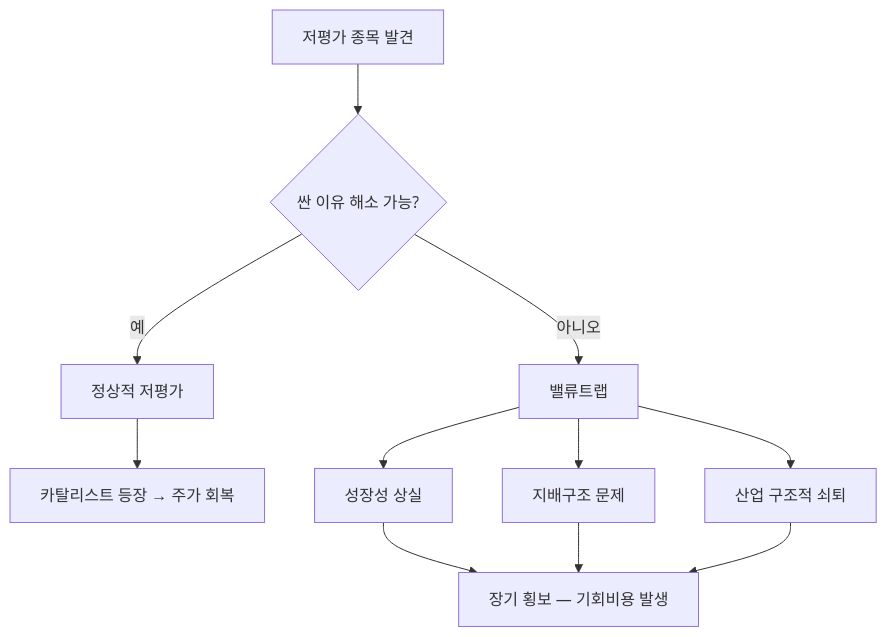
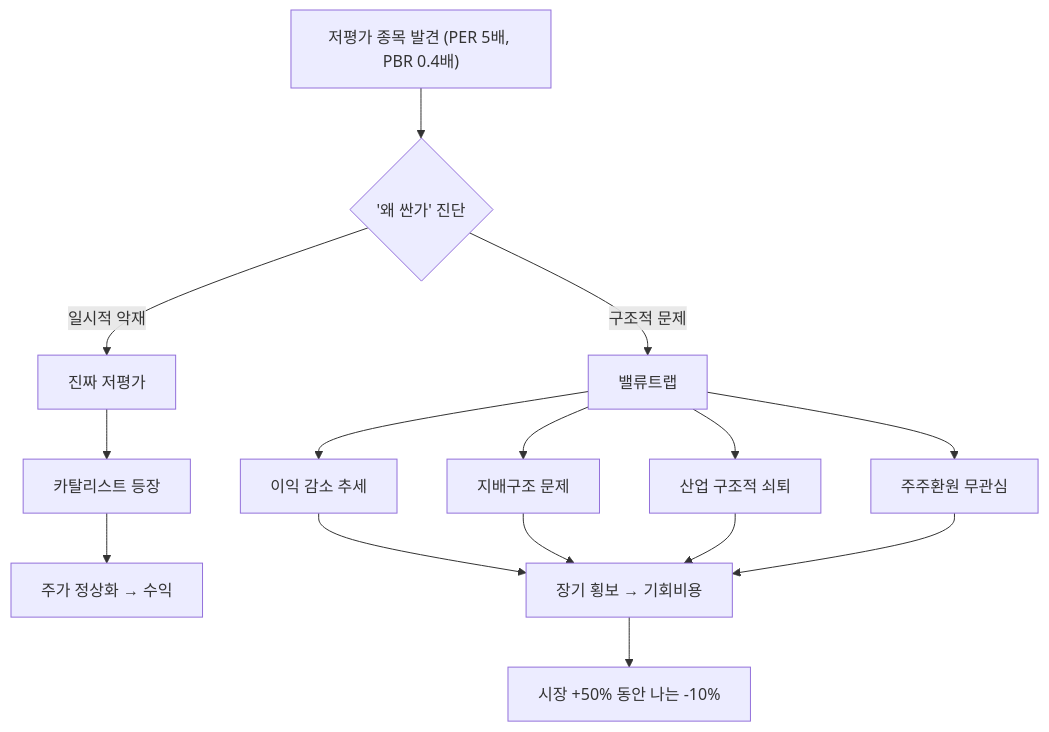
Before and after one commit to yeongseon/stock-visual-note: the diagram in content/stock-terms/ko/level-10-company-analysis/value-trap.md, drawn with Mermaid. The commit also changed other lines of this file and 9 other files, not shown here.

Commit message:
content: rewrite level-10 (10 articles) — richer diagrams, realistic scenarios, blog tone

````diff
--- a/content/stock-terms/ko/level-10-company-analysis/value-trap.md
+++ b/content/stock-terms/ko/level-10-company-analysis/value-trap.md
@@ -42,14 +43,18 @@
 ```mermaid
 graph TD
-    A["저평가 종목 발견"]
-    A --> B{"싼 이유 해소 가능?"}
-    B -->|"예"| C["정상적 저평가"]
-    B -->|"아니오"| D["밸류트랩"]
-    C --> C1["카탈리스트 등장 → 주가 회복"]
-    D --> D1["성장성 상실"]
+    A["저평가 종목 발견 (PER 5배, PBR 0.4배)"]
+    A --> B{"'왜 싼가' 진단"}
+    B -->|"일시적 악재"| C["진짜 저평가"]
+    B -->|"구조적 문제"| D["밸류트랩"]
+    C --> C1["카탈리스트 등장"]
+    C1 --> C2["주가 정상화 → 수익"]
+    D --> D1["이익 감소 추세"]
     D --> D2["지배구조 문제"]
     D --> D3["산업 구조적 쇠퇴"]
-    D1 --> E["장기 횡보 — 기회비용 발생"]
+    D --> D4["주주환원 무관심"]
+    D1 --> E["장기 횡보 → 기회비용"]
     D2 --> E
     D3 --> E
+    D4 --> E
+    E --> F["시장 +50% 동안 나는 -10%"]
 ```
````
